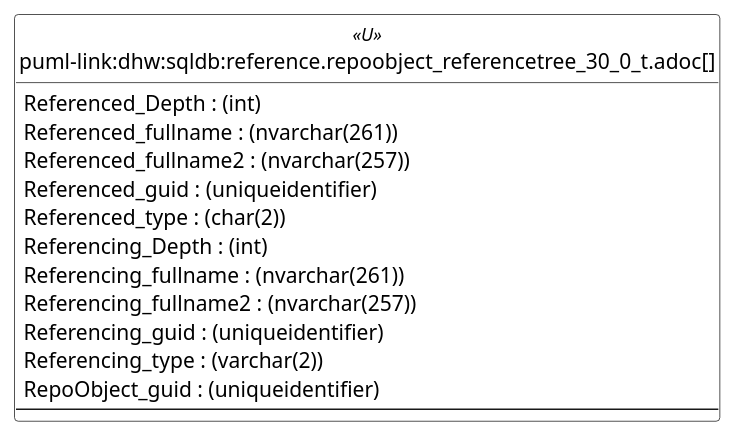
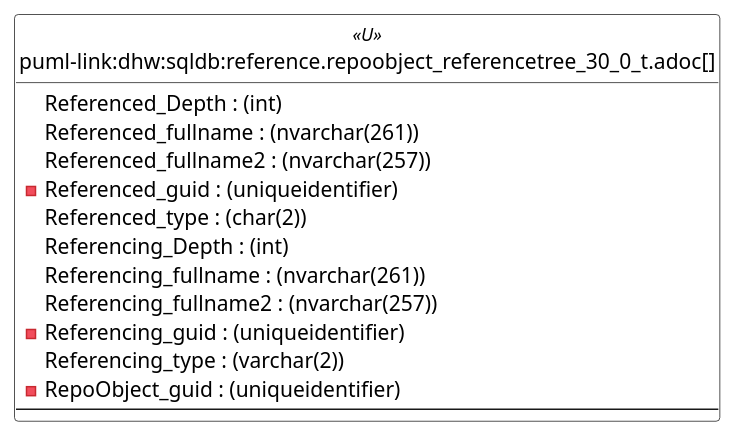
The first of 6 diagrams in docs/modules/sqldb/partials/content/reference.repoobject_referencetree_30_0_t.adoc (DataHandwerk/dhw-antora-sqldb), drawn with PlantUML before and after one commit. The commit also changed other lines of this file and 641 other files, not shown here.

```diff
--- a/docs/modules/sqldb/partials/content/reference.repoobject_referencetree_30_0_t.adoc
+++ b/docs/modules/sqldb/partials/content/reference.repoobject_referencetree_30_0_t.adoc
@@ -719,44 +719,44 @@
 [plantuml, entity-{docname}, svg, subs=macros]
 ....
 'Left to right direction
 top to bottom direction
 hide circle
 'avoide "." issues:
 set namespaceSeparator none
 
 
 skinparam class {
   BackgroundColor White
   BackgroundColor<<FN>> Yellow
   BackgroundColor<<FS>> Yellow
   BackgroundColor<<FT>> LightGray
   BackgroundColor<<IF>> Yellow
   BackgroundColor<<IS>> Yellow
   BackgroundColor<<P>>  Aqua
   BackgroundColor<<PC>> Aqua
   BackgroundColor<<SN>> Yellow
   BackgroundColor<<SO>> SlateBlue
   BackgroundColor<<TF>> LightGray
   BackgroundColor<<TR>> Tomato
   BackgroundColor<<U>>  White
   BackgroundColor<<V>>  WhiteSmoke
   BackgroundColor<<X>>  Aqua
   BackgroundColor<<external>> AliceBlue
 }
 
 
 entity "puml-link:dhw:sqldb:reference.repoobject_referencetree_30_0_t.adoc[]" as reference.RepoObject_ReferenceTree_30_0_T << U >> {
   Referenced_Depth : (int)
   Referenced_fullname : (nvarchar(261))
   Referenced_fullname2 : (nvarchar(257))
-  Referenced_guid : (uniqueidentifier)
+  - Referenced_guid : (uniqueidentifier)
   Referenced_type : (char(2))
   Referencing_Depth : (int)
   Referencing_fullname : (nvarchar(261))
   Referencing_fullname2 : (nvarchar(257))
-  Referencing_guid : (uniqueidentifier)
+  - Referencing_guid : (uniqueidentifier)
   Referencing_type : (varchar(2))
-  RepoObject_guid : (uniqueidentifier)
+  - RepoObject_guid : (uniqueidentifier)
   --
 }
 ....
```
